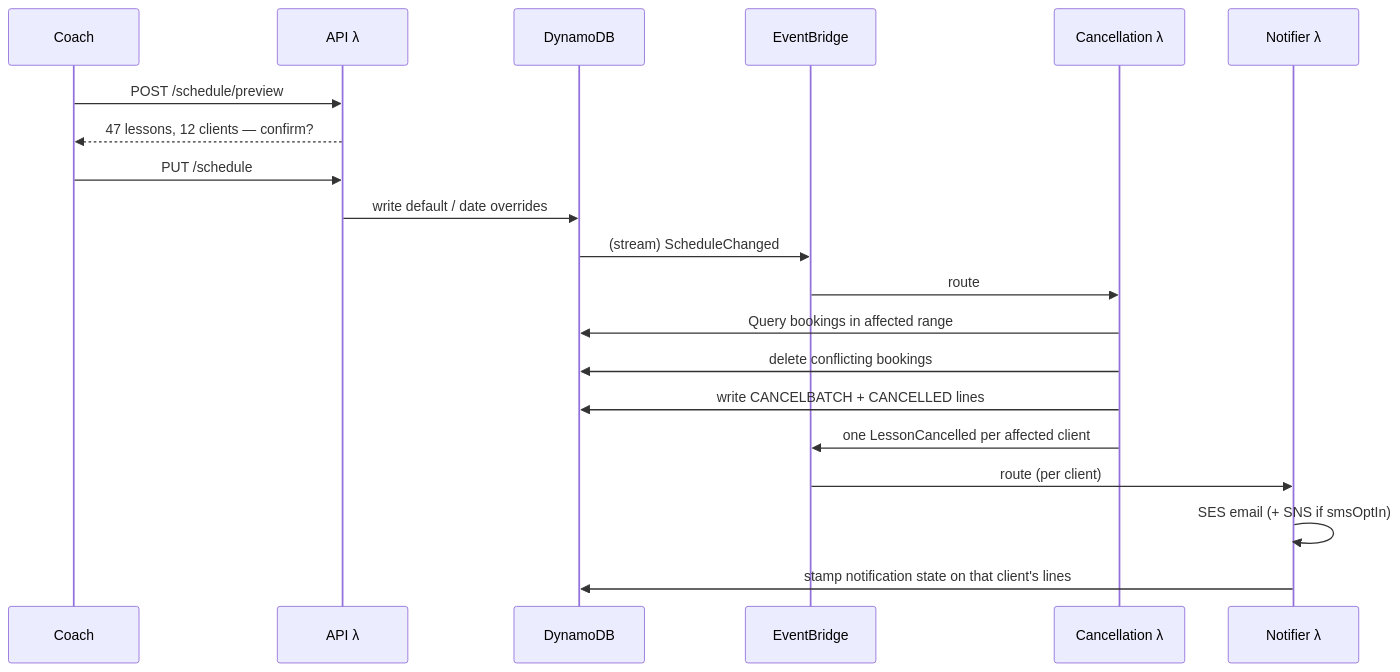
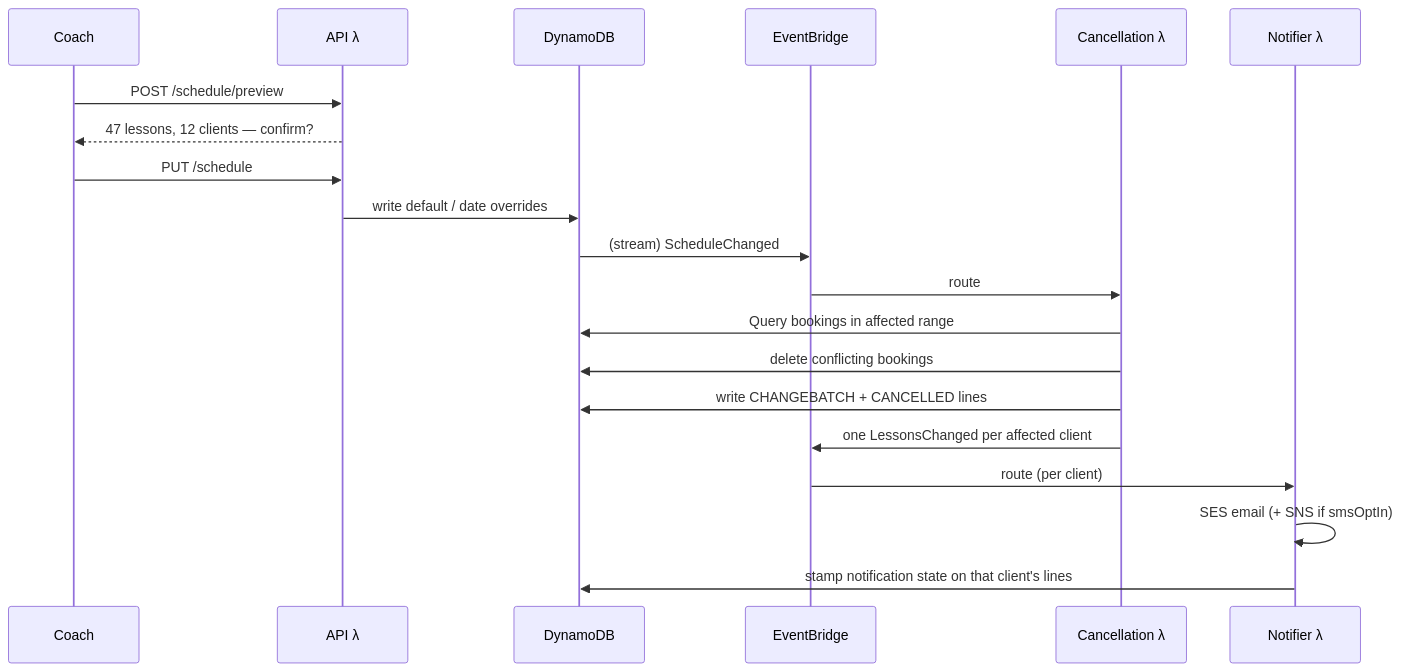
The diagram in docs/adr/ADR-006-open-booking-recurring-lessons-and-cancellation.md (jessicamvega6/bladebook), drawn with Mermaid before and after one commit. The commit also changed other lines of this file and 35 other files, not shown here.

````diff
--- a/docs/adr/ADR-006-open-booking-recurring-lessons-and-cancellation.md
+++ b/docs/adr/ADR-006-open-booking-recurring-lessons-and-cancellation.md
@@ -258,22 +396,22 @@
 ```mermaid
 sequenceDiagram
     participant C as Coach
     participant API as API λ
     participant DB as DynamoDB
     participant Bus as EventBridge
     participant X as Cancellation λ
     participant N as Notifier λ
     C->>API: POST /schedule/preview
     API-->>C: 47 lessons, 12 clients — confirm?
     C->>API: PUT /schedule
     API->>DB: write default / date overrides
     DB->>Bus: (stream) ScheduleChanged
     Bus->>X: route
     X->>DB: Query bookings in affected range
     X->>DB: delete conflicting bookings
-    X->>DB: write CANCELBATCH + CANCELLED lines
-    X->>Bus: one LessonCancelled per affected client
+    X->>DB: write CHANGEBATCH + CANCELLED lines
+    X->>Bus: one LessonsChanged per affected client
     Bus->>N: route (per client)
     N->>N: SES email (+ SNS if smsOptIn)
     N->>DB: stamp notification state on that client's lines
 ```
````
